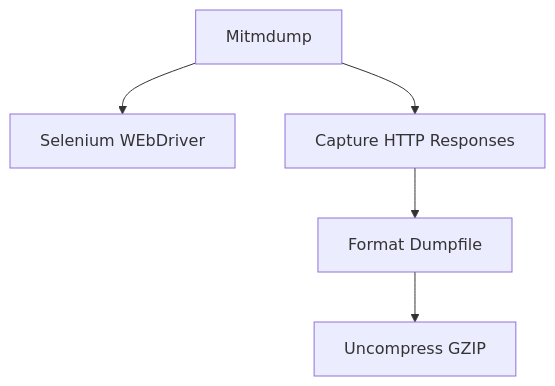
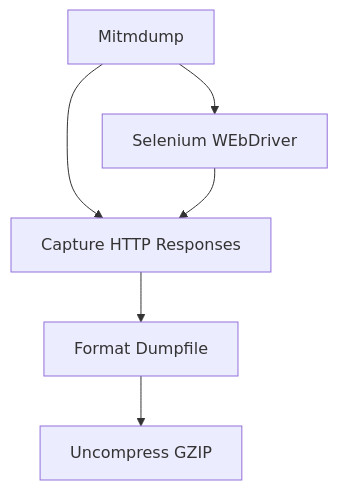
One commit to jonruida/PowerBI_Insights changed the second of 3 diagrams in README.md. Above: the diagram before and after it, drawn with Mermaid.

````diff
--- a/README.md
+++ b/README.md
@@ -35,9 +35,10 @@
 ```mermaid
 graph TD;
     A[Mitmdump];
     A --> B[Selenium WEbDriver ];
     A --> C[Capture HTTP Responses];
+    B --> C
     C --> D[Format Dumpfile];
     D --> E[Uncompress GZIP];
 
 ```
````
